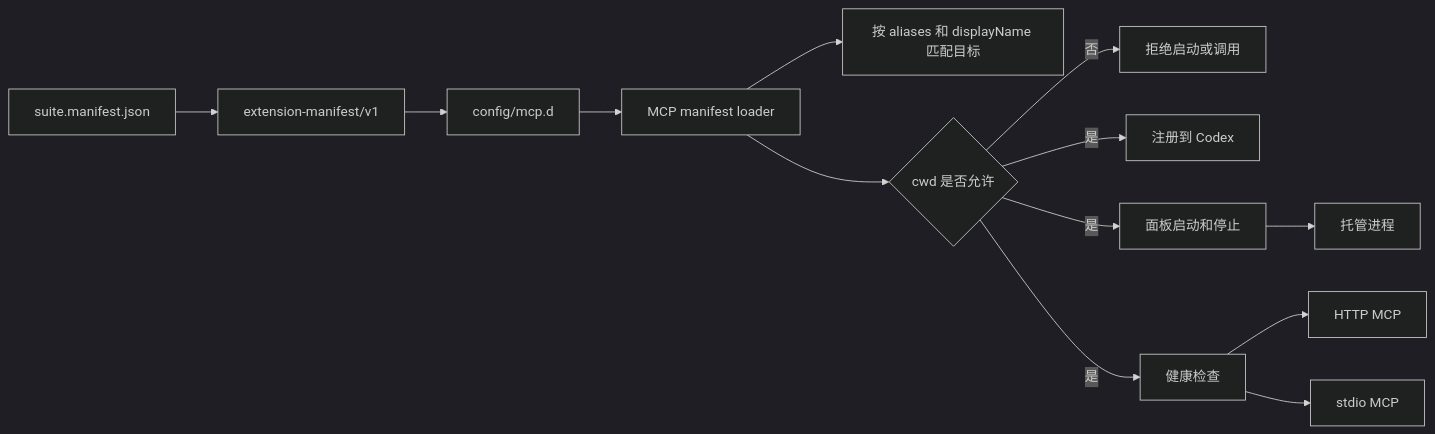
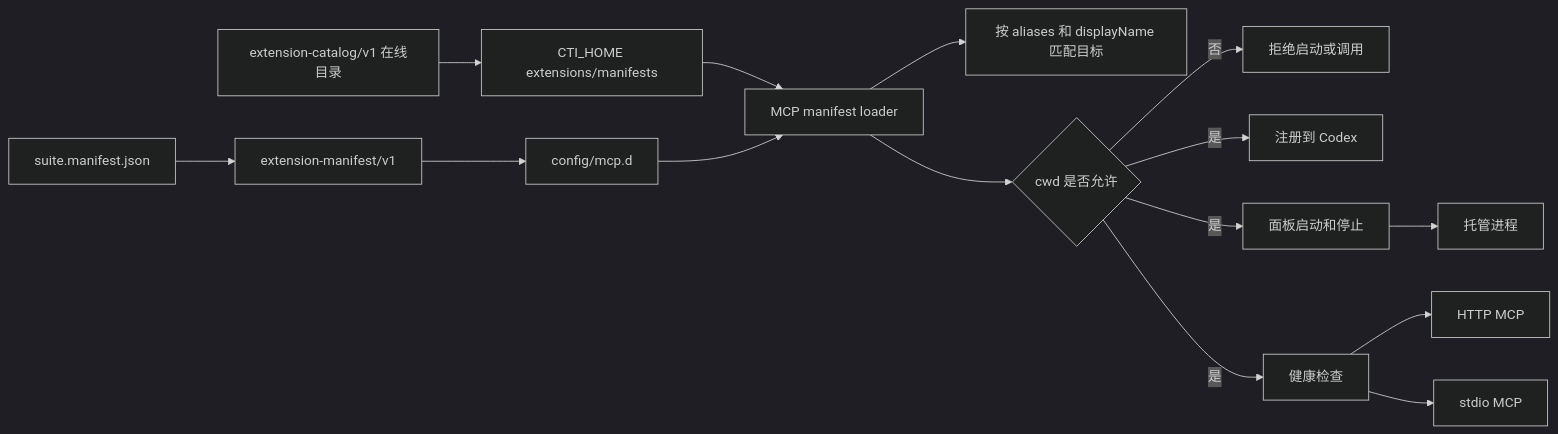
The seventh of 8 diagrams in docs/PROJECT-ARCHITECTURE.md (dddfuxi/codex-im-suite), drawn with Mermaid (dark theme) before and after one commit. The commit also changed other lines of this file and 114 other files, not shown here.

````diff
--- a/docs/PROJECT-ARCHITECTURE.md
+++ b/docs/PROJECT-ARCHITECTURE.md
@@ -596,15 +625,17 @@
 ```mermaid
 flowchart LR
   SuiteManifest[suite.manifest.json] --> Protocol[extension-manifest/v1]
   Protocol --> ManifestDir[config/mcp.d]
+  Catalog[extension-catalog/v1 在线目录] --> UserOverlay[CTI_HOME extensions/manifests]
+  UserOverlay --> Loader[MCP manifest loader]
   ManifestDir --> Loader[MCP manifest loader]
   Loader --> AliasMatch[按 aliases 和 displayName 匹配目标]
   Loader --> WorkspaceCheck{cwd 是否允许}
   WorkspaceCheck -->|否| Reject[拒绝启动或调用]
   WorkspaceCheck -->|是| Register[注册到 Codex]
   WorkspaceCheck -->|是| StartStop[面板启动和停止]
   WorkspaceCheck -->|是| Health[健康检查]
   StartStop --> ManagedProcess[托管进程]
   Health --> HttpMcp[HTTP MCP]
   Health --> StdioMcp[stdio MCP]
 ```
````
